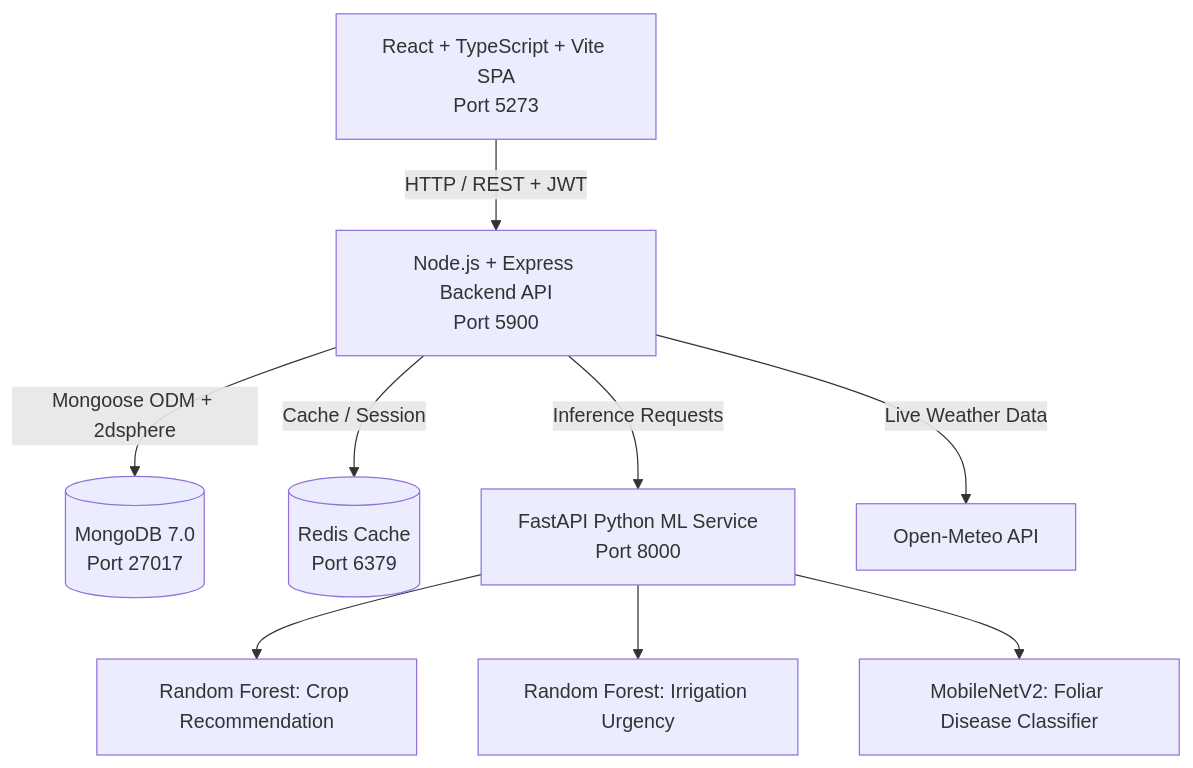
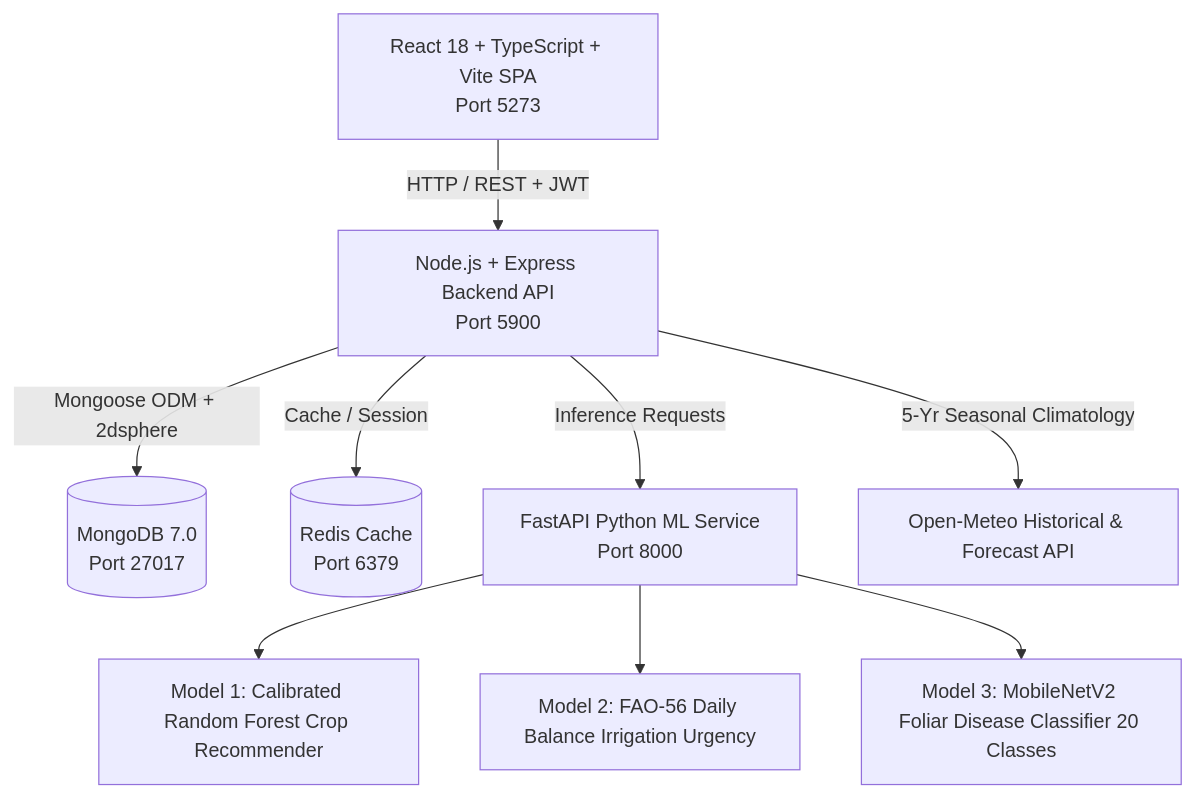
The diagram in README.md (prathyukshavasanthan-prog/AgriAdvisor), drawn with Mermaid before and after one commit. The commit also changed other lines of this file and 728 other files, not shown here.

````diff
--- a/README.md
+++ b/README.md
@@ -11,11 +11,11 @@
 ```mermaid
 graph TD
-    Client[React + TypeScript + Vite SPA<br/>Port 5273] -->|HTTP / REST + JWT| API[Node.js + Express Backend API<br/>Port 5900]
+    Client[React 18 + TypeScript + Vite SPA<br/>Port 5273] -->|HTTP / REST + JWT| API[Node.js + Express Backend API<br/>Port 5900]
     API -->|Mongoose ODM + 2dsphere| Mongo[(MongoDB 7.0<br/>Port 27017)]
     API -->|Cache / Session| Redis[(Redis Cache<br/>Port 6379)]
     API -->|Inference Requests| ML[FastAPI Python ML Service<br/>Port 8000]
-    API -->|Live Weather Data| OpenMeteo[Open-Meteo API]
-    ML --> Model1[Random Forest: Crop Recommendation]
-    ML --> Model2[Random Forest: Irrigation Urgency]
-    ML --> Model3[MobileNetV2: Foliar Disease Classifier]
+    API -->|5-Yr Seasonal Climatology| OpenMeteo[Open-Meteo Historical & Forecast API]
+    ML --> Model1[Model 1: Calibrated Random Forest Crop Recommender]
+    ML --> Model2[Model 2: FAO-56 Daily Balance Irrigation Urgency]
+    ML --> Model3[Model 3: MobileNetV2 Foliar Disease Classifier 20 Classes]
 ```
````
